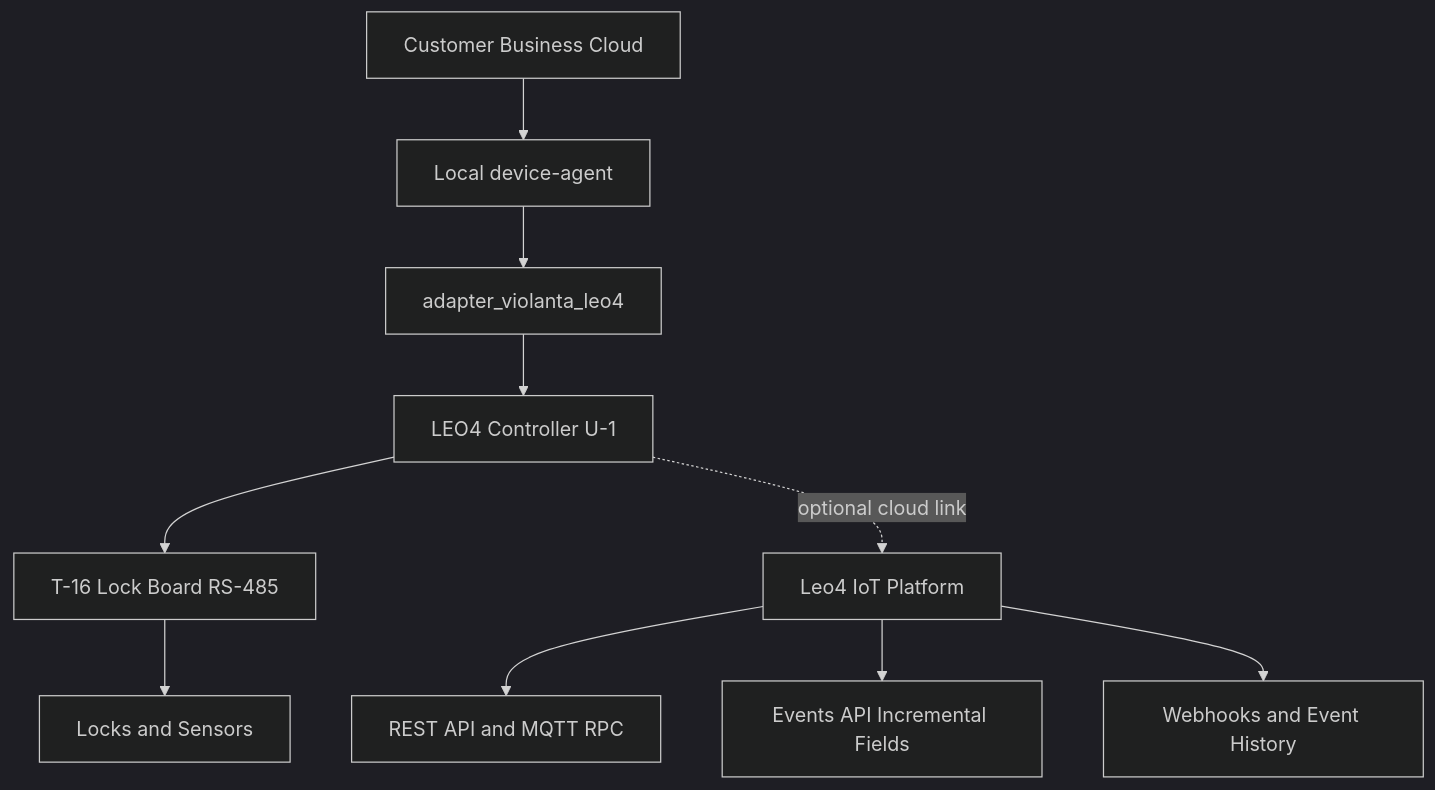
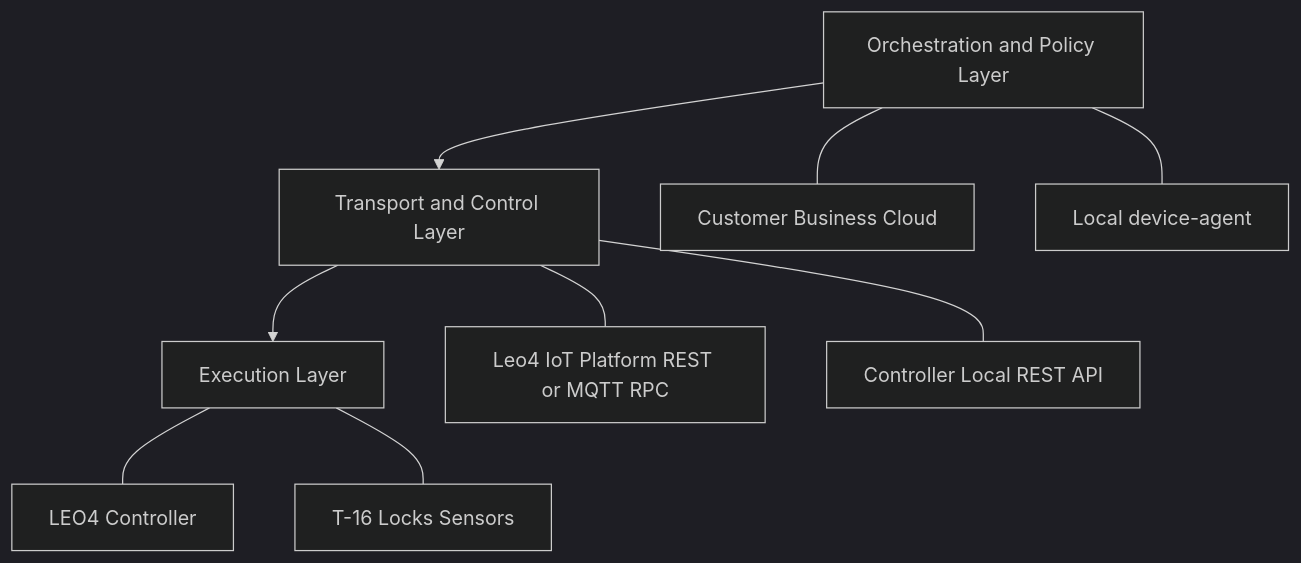
One commit to OlegLebedevRU/iot-rpc-rest-app changed the first of 4 diagrams in docs/presale/leo4-vendor-execution-layer-response.md. Above: the diagram before and after it, drawn with Mermaid (dark theme). The commit also changed other lines of this file, not shown here.

First line of the commit message:
docs: restructure presale response around local cloud hybrid modes

````diff
--- a/docs/presale/leo4-vendor-execution-layer-response.md
+++ b/docs/presale/leo4-vendor-execution-layer-response.md
@@ -55,13 +55,19 @@
 ```mermaid
 flowchart TD
-    A[Customer Business Cloud] --> B[Local device-agent]
-    B --> C[adapter_violanta_leo4]
-    C --> D[LEO4 Controller U-1]
-    D --> E[T-16 Lock Board RS-485]
-    E --> F[Locks and Sensors]
+    A[Orchestration and Policy Layer] --> B[Transport and Control Layer]
+    B --> C[Execution Layer]
 
-    D -. optional cloud link .-> G[Leo4 IoT Platform]
-    G --> H[REST API and MQTT RPC]
-    G --> I[Events API Incremental Fields]
-    G --> J[Webhooks and Event History]
+    A1[Customer Business Cloud]
+    A2[Local device-agent]
+    B1[Leo4 IoT Platform REST or MQTT RPC]
+    B2[Controller Local REST API]
+    C1[LEO4 Controller]
+    C2[T-16 Locks Sensors]
+
+    A --- A1
+    A --- A2
+    B --- B1
+    B --- B2
+    C --- C1
+    C --- C2
 ```
````
